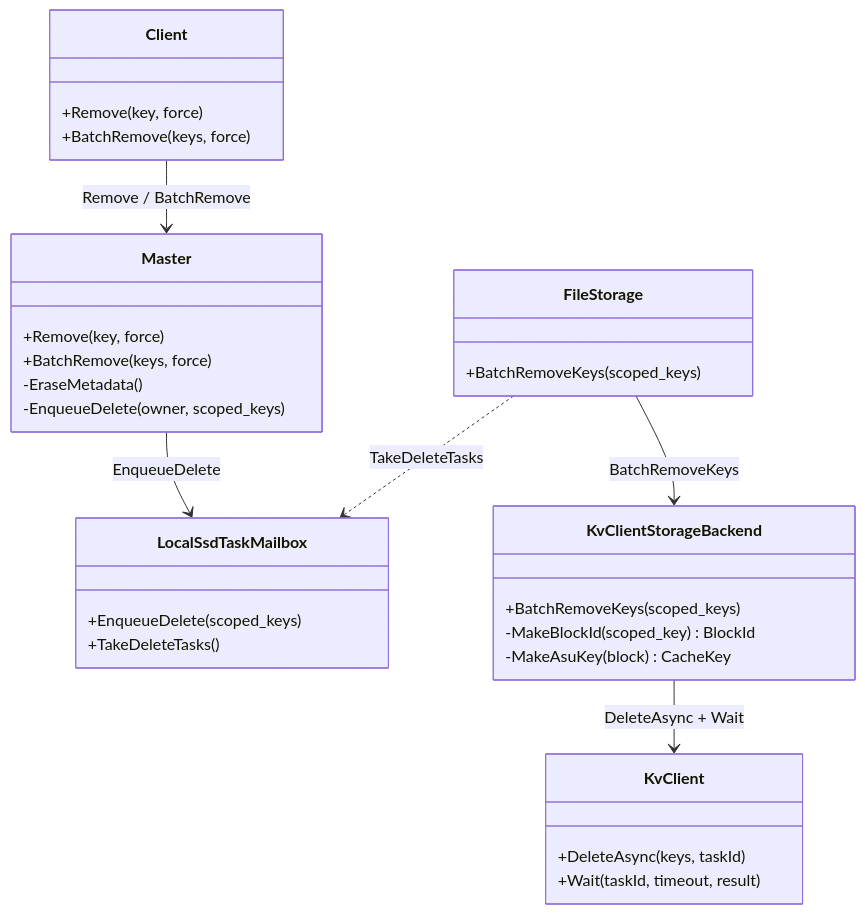
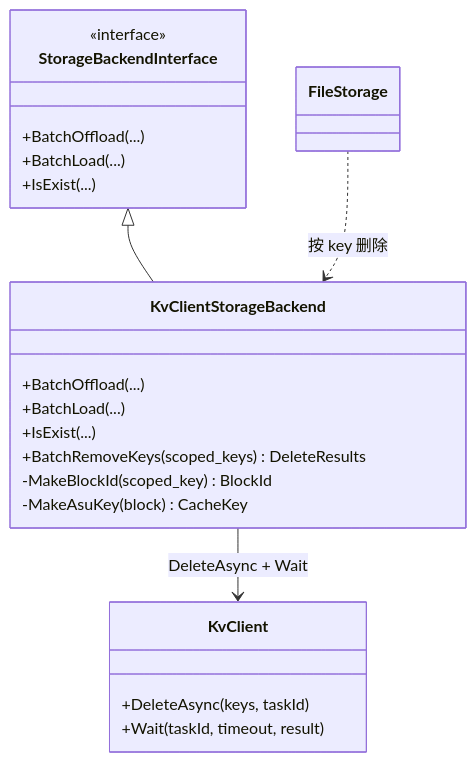
One commit to zwj20000328-dotcom/Mooncake-documents changed the ninth of 15 diagrams in kv-client-storage-backend-review.md. Above: the diagram before and after it, drawn with Mermaid. The commit also changed other lines of this file and 1 other file, not shown here.

Commit message:
modified:   kv-client-storage-backend-review.md

````diff
--- a/kv-client-storage-backend-review.md
+++ b/kv-client-storage-backend-review.md
@@ -471,34 +464,26 @@
 ```mermaid
 classDiagram
-    class Client {
-        +Remove(key, force)
-        +BatchRemove(keys, force)
-    }
-    class Master {
-        +Remove(key, force)
-        +BatchRemove(keys, force)
-        -EraseMetadata()
-        -EnqueueDelete(owner, scoped_keys)
-    }
-    class LocalSsdTaskMailbox {
-        +EnqueueDelete(scoped_keys)
-        +TakeDeleteTasks()
-    }
-    class FileStorage {
-        +BatchRemoveKeys(scoped_keys)
+    class StorageBackendInterface {
+        <<interface>>
+        +BatchOffload(...)
+        +BatchLoad(...)
+        +IsExist(...)
     }
     class KvClientStorageBackend {
-        +BatchRemoveKeys(scoped_keys)
+        +BatchOffload(...)
+        +BatchLoad(...)
+        +IsExist(...)
+        +BatchRemoveKeys(scoped_keys) DeleteResults
         -MakeBlockId(scoped_key) BlockId
         -MakeAsuKey(block) CacheKey
     }
     class KvClient {
         +DeleteAsync(keys, taskId)
         +Wait(taskId, timeout, result)
     }
-    Client --> Master : Remove / BatchRemove
-    Master --> LocalSsdTaskMailbox : EnqueueDelete
-    FileStorage ..> LocalSsdTaskMailbox : TakeDeleteTasks
-    FileStorage --> KvClientStorageBackend : BatchRemoveKeys
+    class FileStorage
+    StorageBackendInterface <|-- KvClientStorageBackend
+    FileStorage ..> KvClientStorageBackend : 按 key 删除
     KvClientStorageBackend --> KvClient : DeleteAsync + Wait
+    
 ```
````
